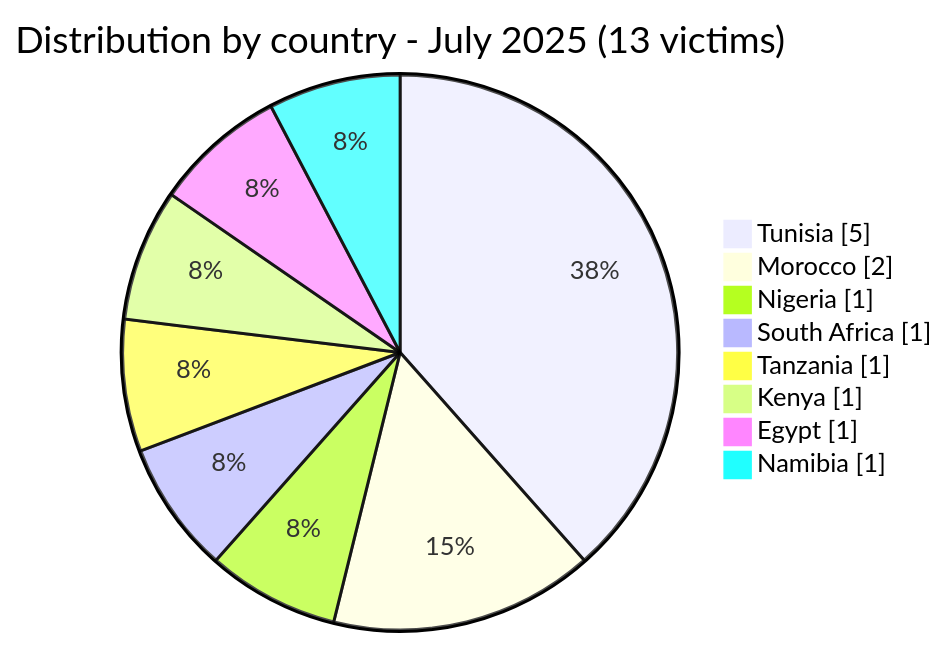
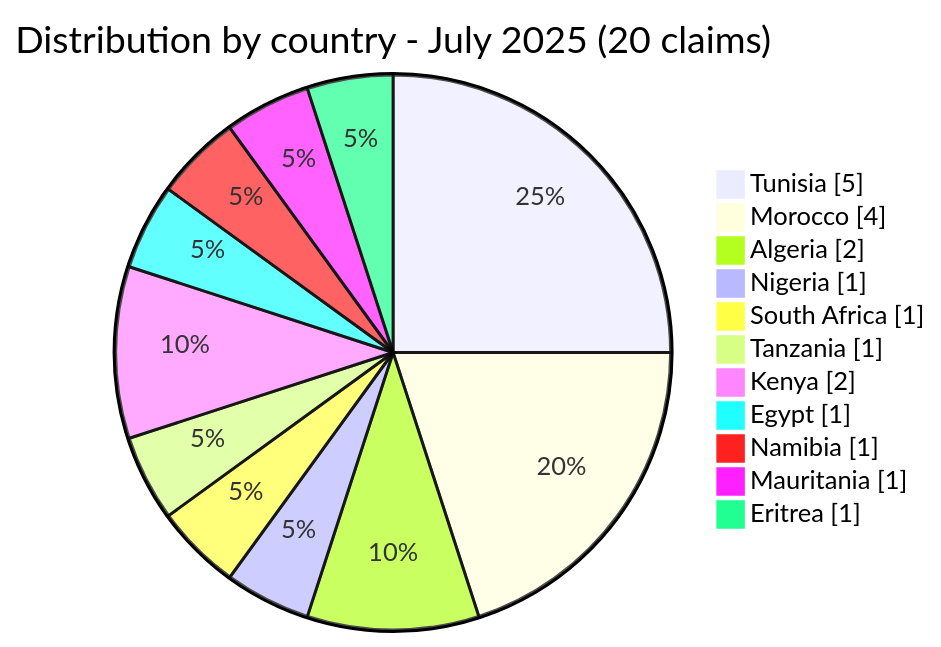
The second of 4 diagrams in CyberAttackAfrica/2025/07-july/report/README.md (Hatchepsoute/AFRINTEL), drawn with Mermaid before and after one commit. The commit also changed other lines of this file and 255 other files, not shown here.

````diff
--- a/CyberAttackAfrica/2025/07-july/report/README.md
+++ b/CyberAttackAfrica/2025/07-july/report/README.md
@@ -79,12 +96,15 @@
 ```mermaid
 pie showData
-    title Distribution by country - July 2025 (13 victims)
+    title Distribution by country - July 2025 (20 claims)
     "Tunisia" : 5
-    "Morocco" : 2
+    "Morocco" : 4
+    "Algeria" : 2
     "Nigeria" : 1
     "South Africa" : 1
     "Tanzania" : 1
-    "Kenya" : 1
+    "Kenya" : 2
     "Egypt" : 1
     "Namibia" : 1
+    "Mauritania" : 1
+    "Eritrea" : 1
 ```
````
